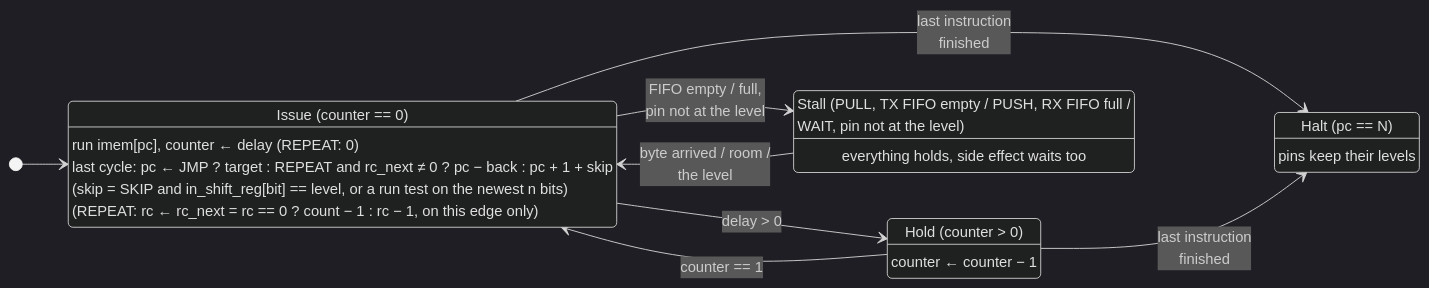
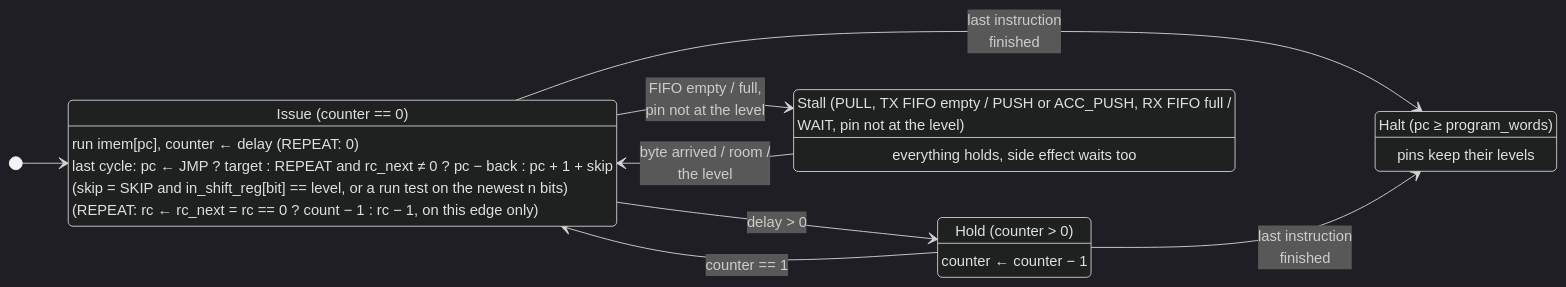
Before and after one commit to cshieldsce/smallcore: the diagram in docs/states.mmd, drawn with Mermaid (dark theme). The commit also changed 20 other files, not shown here.

Commit message:
update diagrams: accumulator, program ram, core split in three

```diff
--- a/docs/states.mmd
+++ b/docs/states.mmd
@@ -1,27 +1,27 @@
 %% What the control block does each cycle. Not a separate state register:
-%% each state is read off counter, pc, tx_empty, rx_full, gpio_in and, for SKIP, in_shift_reg.
+%% each state is read off counter, pc, program_words, tx_empty, rx_full, gpio_in and, for SKIP, in_shift_reg.
 stateDiagram-v2
   direction LR
   [*] --> Issue
 
   Issue : Issue (counter == 0)
   Issue : run imem[pc], counter ← delay (REPEAT: 0)
   Issue : last cycle: pc ← JMP ? target : REPEAT and rc_next ≠ 0 ? pc − back : pc + 1 + skip
   Issue : (skip = SKIP and in_shift_reg[bit] == level, or a run test on the newest n bits)
   Issue : (REPEAT: rc ← rc_next = rc == 0 ? count − 1 : rc − 1, on this edge only)
 
   Hold : Hold (counter > 0)
   Hold : counter ← counter − 1
 
-  Stall : Stall (PULL, TX FIFO empty / PUSH, RX FIFO full /<br/>WAIT, pin not at the level)
+  Stall : Stall (PULL, TX FIFO empty / PUSH or ACC_PUSH, RX FIFO full /<br/>WAIT, pin not at the level)
   Stall : everything holds, side effect waits too
 
-  Halt : Halt (pc == N)
+  Halt : Halt (pc ≥ program_words)
   Halt : pins keep their levels
 
   Issue --> Hold : delay > 0
   Hold --> Issue : counter == 1
   Issue --> Stall : FIFO empty / full,<br/>pin not at the level
   Stall --> Issue : byte arrived / room /<br/>the level
   Issue --> Halt : last instruction<br/>finished
   Hold --> Halt : last instruction<br/>finished
```
